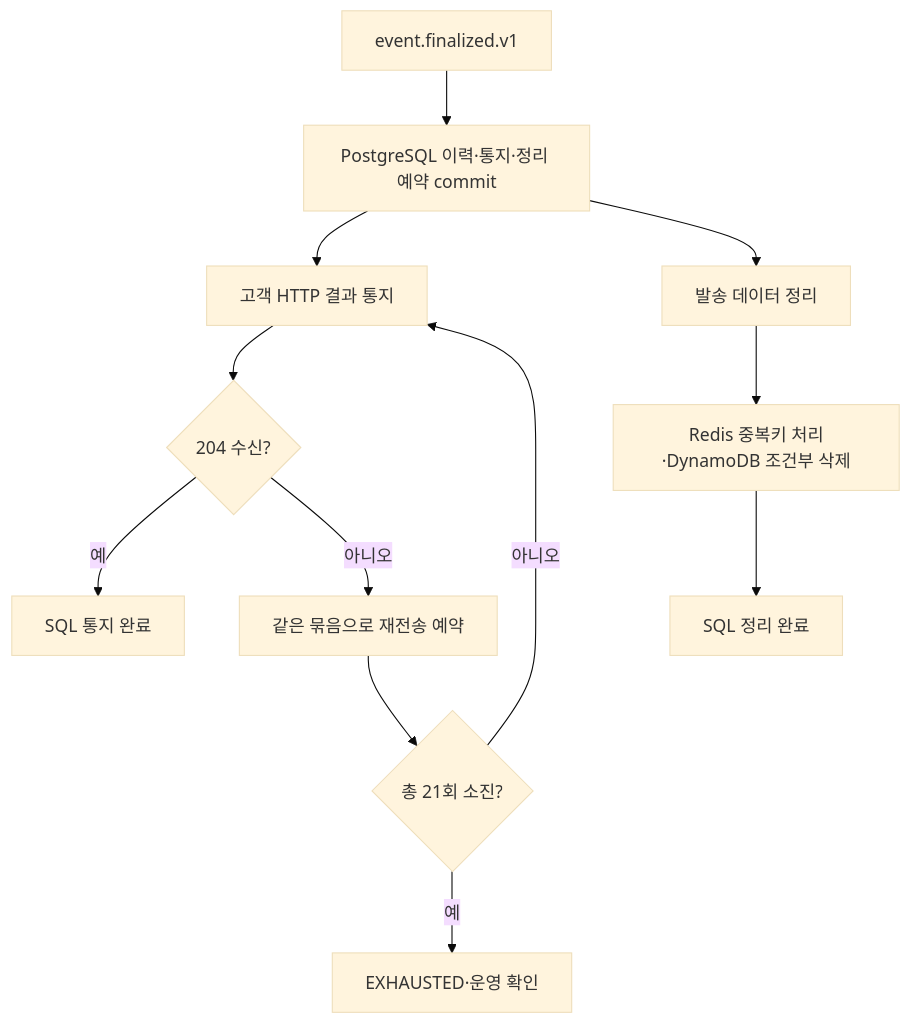
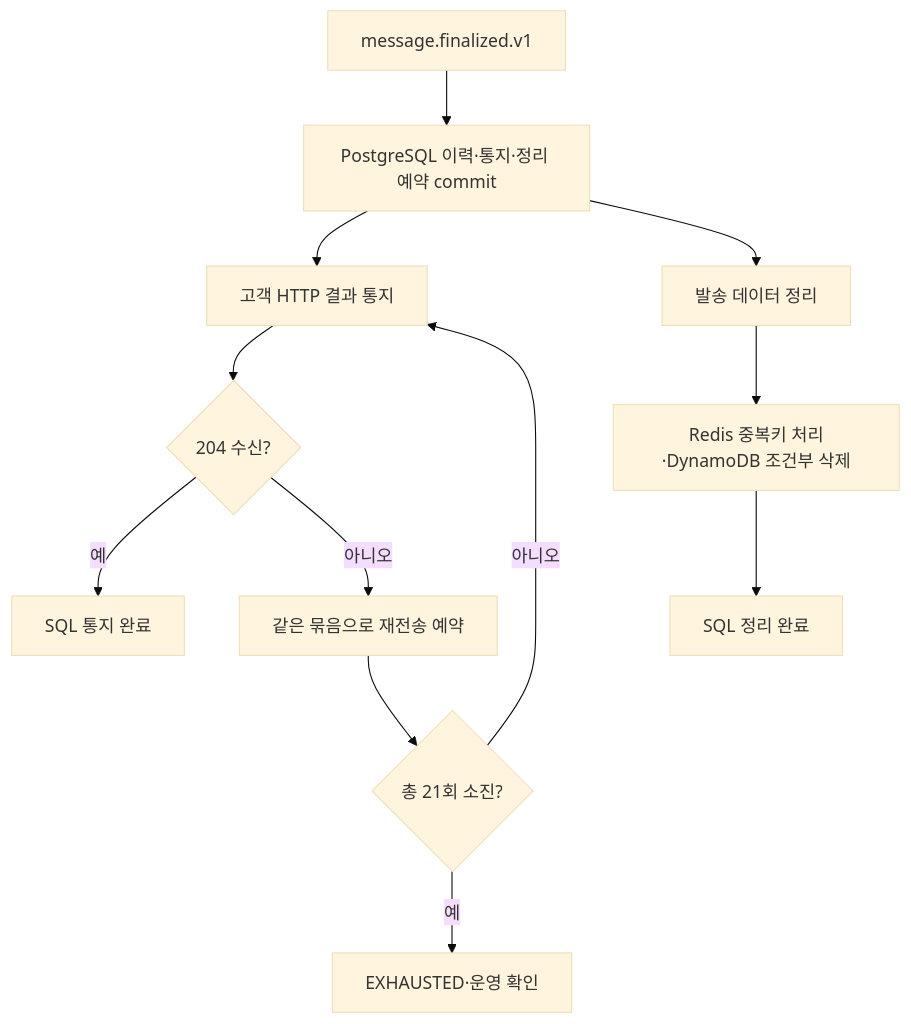
The tenth of 10 diagrams in docs/53-신규-메시지-케이스별-Call-Flow.md (hyun-seung/High-throughput-event-platform), drawn with Mermaid (base theme) before and after one commit. The commit also changed other lines of this file and 16 other files, not shown here.

````diff
--- a/docs/53-신규-메시지-케이스별-Call-Flow.md
+++ b/docs/53-신규-메시지-케이스별-Call-Flow.md
@@ -312,14 +312,14 @@
 ```mermaid
 flowchart TD
-    F[event.finalized.v1] --> Q[PostgreSQL 이력·통지·정리 예약 commit]
+    F[message.finalized.v1] --> Q[PostgreSQL 이력·통지·정리 예약 commit]
     Q --> N[고객 HTTP 결과 통지]
     Q --> C[발송 데이터 정리]
     N --> A{204 수신?}
     A -->|예| D[SQL 통지 완료]
     A -->|아니오| R[같은 묶음으로 재전송 예약]
     R --> L{총 21회 소진?}
     L -->|아니오| N
     L -->|예| H[EXHAUSTED·운영 확인]
     C --> X[Redis 중복키 처리·DynamoDB 조건부 삭제]
     X --> Y[SQL 정리 완료]
 ```
````
